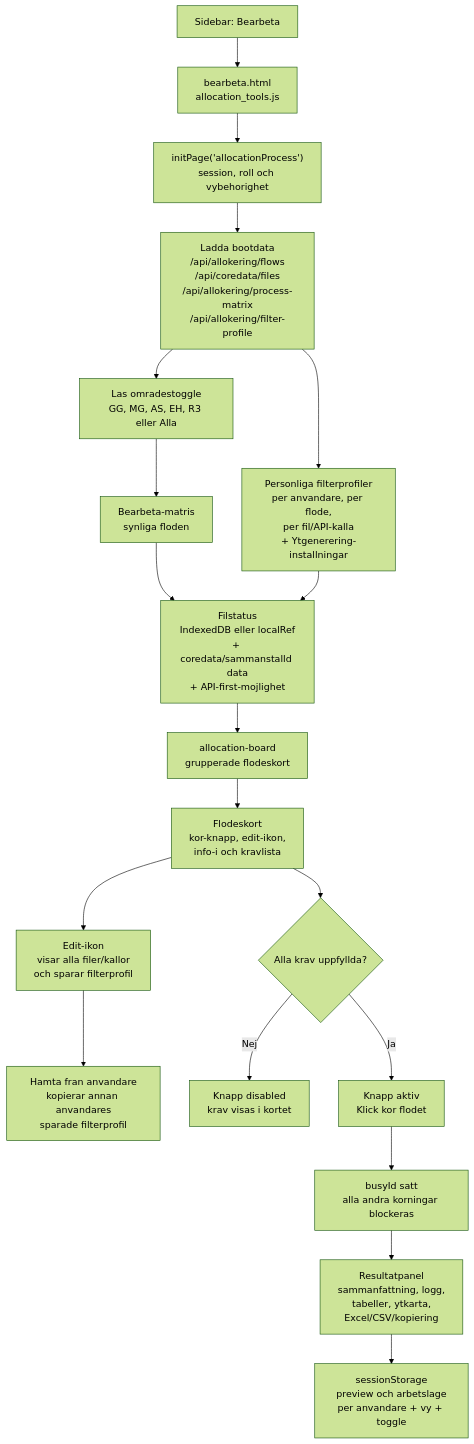
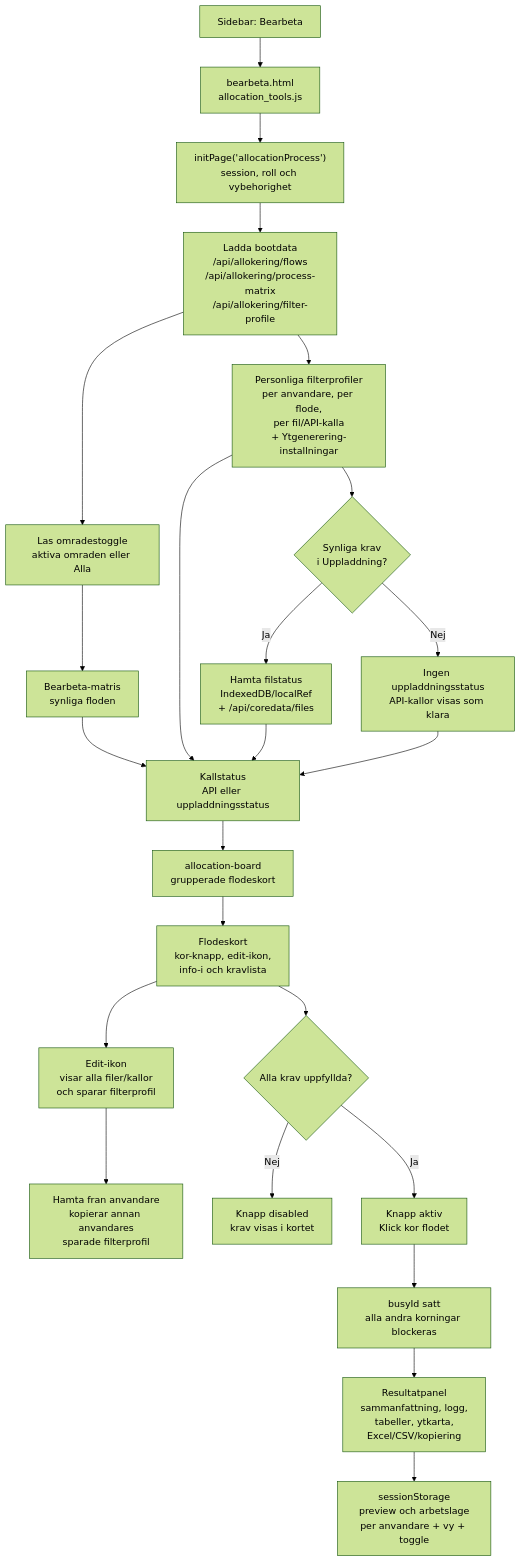
One commit to EmirKadr/flow changed the first of 4 diagrams in wiki/warehouse-tools.md. Above: the diagram before and after it, drawn with Mermaid (forest theme). The commit also changed other lines of this file and 127 other files, not shown here.

Commit message:
Save in-wait Flow work

````diff
--- a/wiki/warehouse-tools.md
+++ b/wiki/warehouse-tools.md
@@ -78,22 +79,27 @@
 ```mermaid
 flowchart TB
   Sidebar["Sidebar: Bearbeta"] --> Boot["bearbeta.html<br/>allocation_tools.js"]
   Boot --> Auth["initPage('allocationProcess')<br/>session, roll och vybehorighet"]
-  Auth --> BootData["Ladda bootdata<br/>/api/allokering/flows<br/>/api/coredata/files<br/>/api/allokering/process-matrix<br/>/api/allokering/filter-profile"]
-  BootData --> Focus["Las omradestoggle<br/>GG, MG, AS, EH, R3 eller Alla"]
+  Auth --> BootData["Ladda bootdata<br/>/api/allokering/flows<br/>/api/allokering/process-matrix<br/>/api/allokering/filter-profile"]
+  BootData --> Focus["Las omradestoggle<br/>aktiva omraden eller Alla"]
   Focus --> Matrix["Bearbeta-matris<br/>synliga floden"]
   BootData --> UserFilters["Personliga filterprofiler<br/>per anvandare, per flode,<br/>per fil/API-kalla<br/>+ Ytgenerering-installningar"]
-  Matrix --> Slots["Filstatus<br/>IndexedDB eller localRef<br/>+ coredata/sammanstalld data<br/>+ API-first-mojlighet"]
+  UserFilters --> NeedsUpload{"Synliga krav<br/>i Uppladdning?"}
+  NeedsUpload -- "Ja" --> UploadStatus["Hamta filstatus<br/>IndexedDB/localRef<br/>+ /api/coredata/files"]
+  NeedsUpload -- "Nej" --> ApiStatus["Ingen uppladdningsstatus<br/>API-kallor visas som klara"]
+  Matrix --> Slots["Kallstatus<br/>API eller uppladdningsstatus"]
   UserFilters --> Slots
+  UploadStatus --> Slots
+  ApiStatus --> Slots
   Slots --> Board["allocation-board<br/>grupperade flodeskort"]
 
   Board --> FlowCard["Flodeskort<br/>kor-knapp, edit-ikon,<br/>info-i och kravlista"]
   FlowCard --> FilterModal["Edit-ikon<br/>visar alla filer/kallor<br/>och sparar filterprofil"]
   FilterModal --> ImportFilters["Hamta fran anvandare<br/>kopierar annan anvandares<br/>sparade filterprofil"]
   FlowCard --> Ready{"Alla krav uppfyllda?"}
   Ready -- "Nej" --> Disabled["Knapp disabled<br/>krav visas i kortet"]
   Ready -- "Ja" --> Enabled["Knapp aktiv<br/>Klick kor flodet"]
   Enabled --> Busy["busyId satt<br/>alla andra korningar blockeras"]
   Busy --> Result["Resultatpanel<br/>sammanfattning, logg,<br/>tabeller, ytkarta,<br/>Excel/CSV/kopiering"]
   Result --> Persist["sessionStorage<br/>preview och arbetslage<br/>per anvandare + vy + toggle"]
 ```
````
